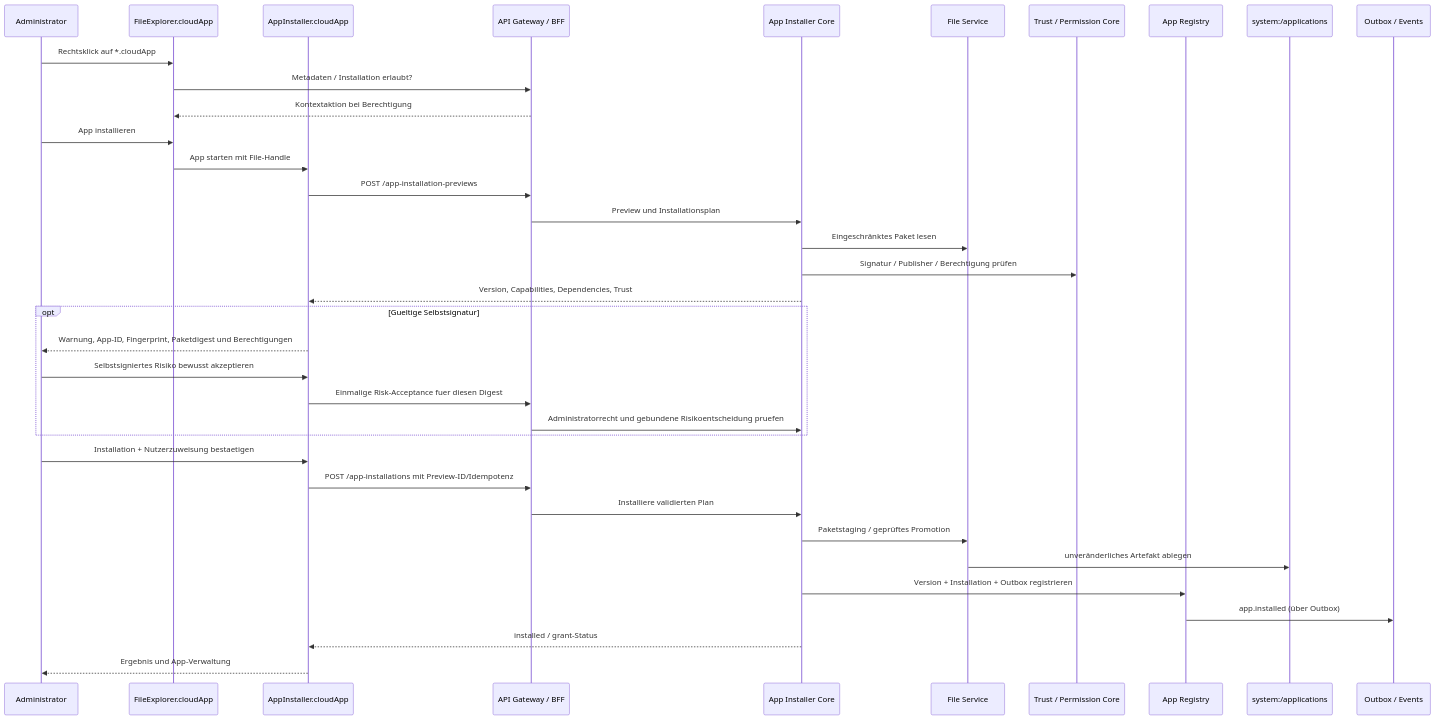
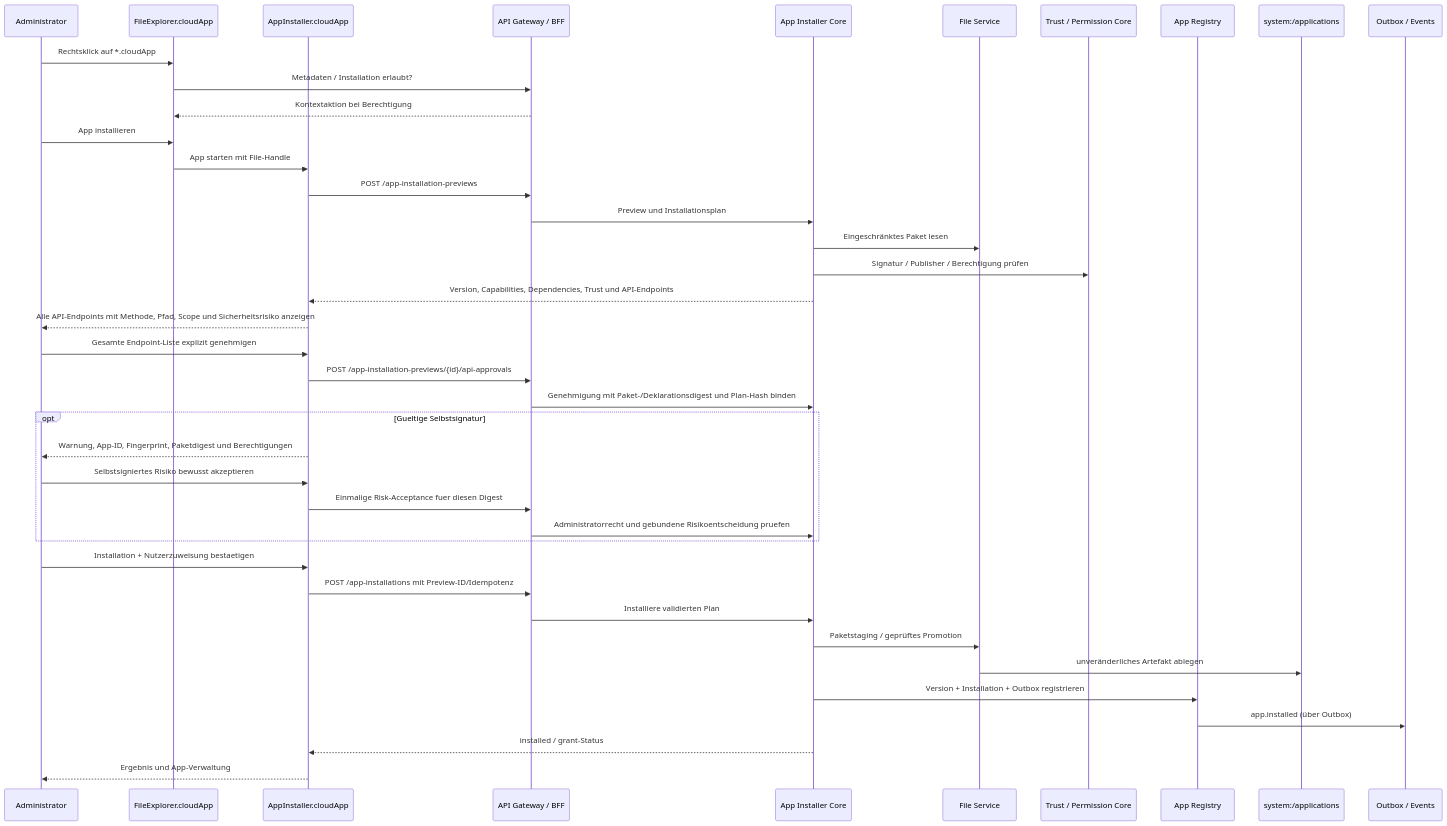
The third of 4 diagrams in docs/APPLICATION_SYSTEM.md (Drezael/cloudOS), drawn with Mermaid before and after one commit. The commit also changed other lines of this file and 5 other files, not shown here.

````diff
--- a/docs/APPLICATION_SYSTEM.md
+++ b/docs/APPLICATION_SYSTEM.md
@@ -363,38 +409,42 @@
 ```mermaid
 sequenceDiagram
     participant A as Administrator
     participant E as FileExplorer.cloudApp
     participant I as AppInstaller.cloudApp
     participant G as API Gateway / BFF
     participant P as App Installer Core
     participant F as File Service
     participant T as Trust / Permission Core
     participant R as App Registry
     participant S as system:/applications
     participant N as Outbox / Events
     A->>E: Rechtsklick auf *.cloudApp
     E->>G: Metadaten / Installation erlaubt?
     G-->>E: Kontextaktion bei Berechtigung
     A->>E: App installieren
     E->>I: App starten mit File-Handle
     I->>G: POST /app-installation-previews
     G->>P: Preview und Installationsplan
     P->>F: Eingeschränktes Paket lesen
     P->>T: Signatur / Publisher / Berechtigung prüfen
-    P-->>I: Version, Capabilities, Dependencies, Trust
+    P-->>I: Version, Capabilities, Dependencies, Trust und API-Endpoints
+    I-->>A: Alle API-Endpoints mit Methode, Pfad, Scope und Sicherheitsrisiko anzeigen
+    A->>I: Gesamte Endpoint-Liste explizit genehmigen
+    I->>G: POST /app-installation-previews/{id}/api-approvals
+    G->>P: Genehmigung mit Paket-/Deklarationsdigest und Plan-Hash binden
     opt Gueltige Selbstsignatur
         I-->>A: Warnung, App-ID, Fingerprint, Paketdigest und Berechtigungen
         A->>I: Selbstsigniertes Risiko bewusst akzeptieren
         I->>G: Einmalige Risk-Acceptance fuer diesen Digest
         G->>P: Administratorrecht und gebundene Risikoentscheidung pruefen
     end
     A->>I: Installation + Nutzerzuweisung bestaetigen
     I->>G: POST /app-installations mit Preview-ID/Idempotenz
     G->>P: Installiere validierten Plan
     P->>F: Paketstaging / geprüftes Promotion
     F->>S: unveränderliches Artefakt ablegen
     P->>R: Version + Installation + Outbox registrieren
     R->>N: app.installed (über Outbox)
     P-->>I: installed / grant-Status
     I-->>A: Ergebnis und App-Verwaltung
 ```
````
